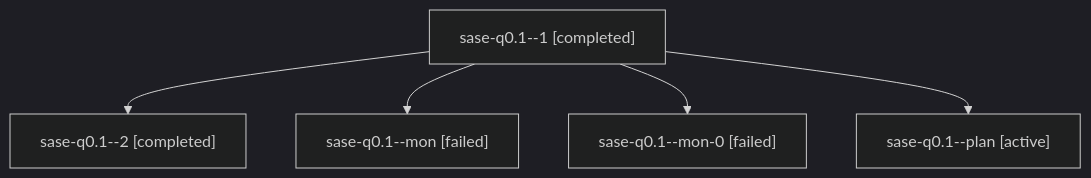
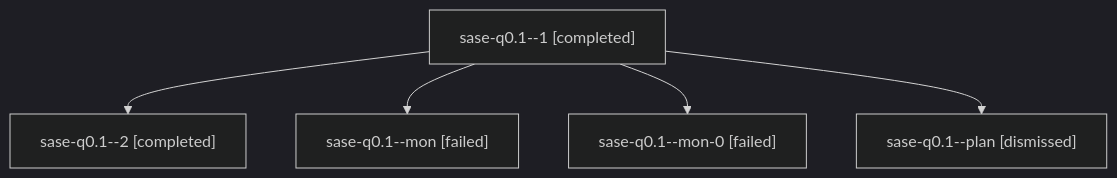
One commit to sase-org/sase--agents changed the diagram in sessions/bbugyi200.athena.sase-q0.1.md. Above: the diagram before and after it, drawn with Mermaid (dark theme). The commit also changed other lines of this file and 58 other files, not shown here.

````diff
--- a/sessions/bbugyi200.athena.sase-q0.1.md
+++ b/sessions/bbugyi200.athena.sase-q0.1.md
@@ -9,12 +9,12 @@
 ```mermaid
 flowchart TD
   n0["sase-q0.1--1 [completed]"]
   n1["sase-q0.1--2 [completed]"]
   n0 --> n1
   n2["sase-q0.1--mon [failed]"]
   n0 --> n2
   n3["sase-q0.1--mon-0 [failed]"]
   n0 --> n3
-  n4["sase-q0.1--plan [active]"]
+  n4["sase-q0.1--plan [dismissed]"]
   n0 --> n4
 ```
````
